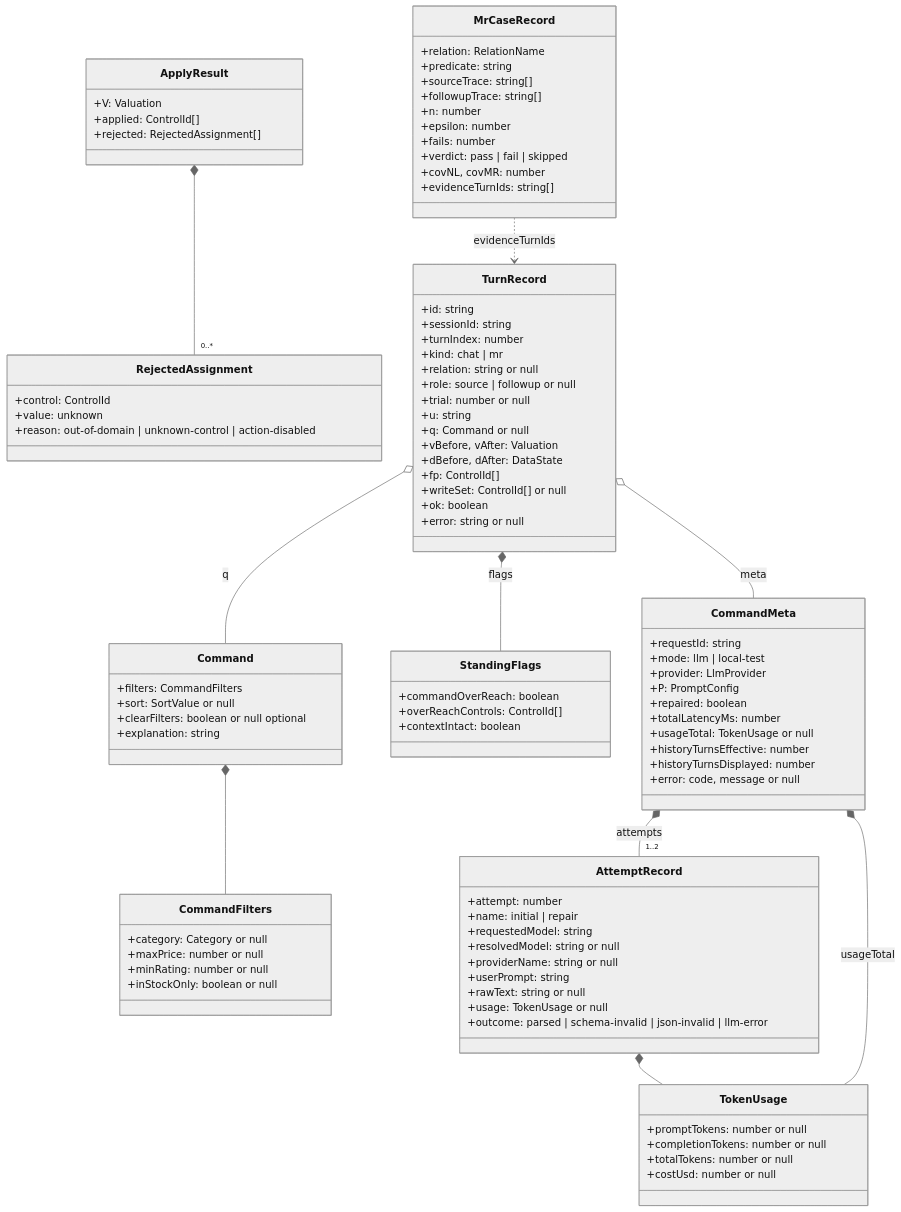
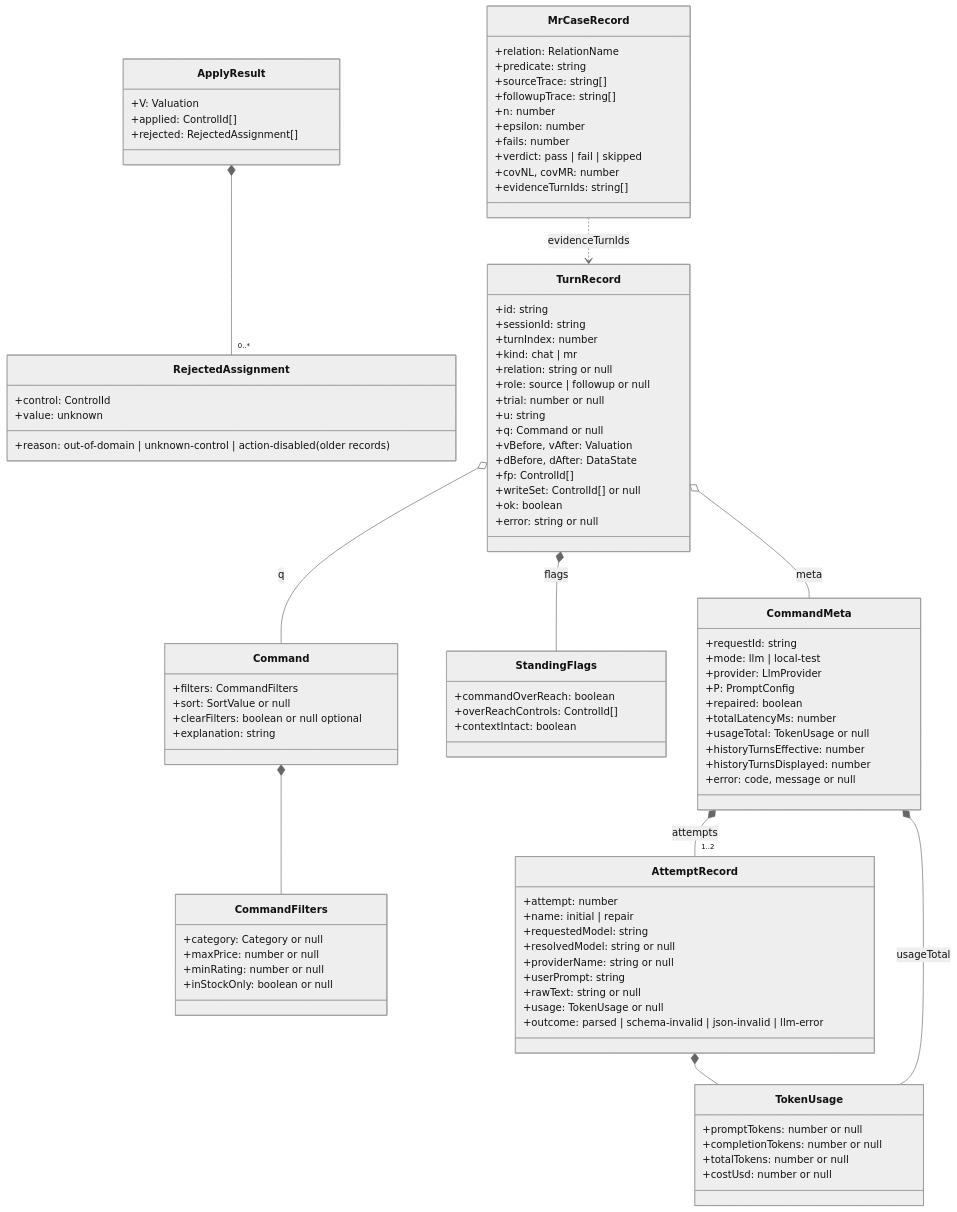
Before and after one commit to ninadpchaudhari/LNGUI---Ecommerce: the fourth of 16 diagrams in docs/uml.md, drawn with Mermaid (neutral theme). The commit also changed other lines of this file and 36 other files, not shown here.

```diff
--- a/docs/uml.md
+++ b/docs/uml.md
@@ -243,7 +243,7 @@
   class RejectedAssignment {
     +control: ControlId
     +value: unknown
-    +reason: out-of-domain | unknown-control | action-disabled
+    +reason: out-of-domain | unknown-control | action-disabled (older records)
   }
   class TurnRecord {
     +id: string
```
